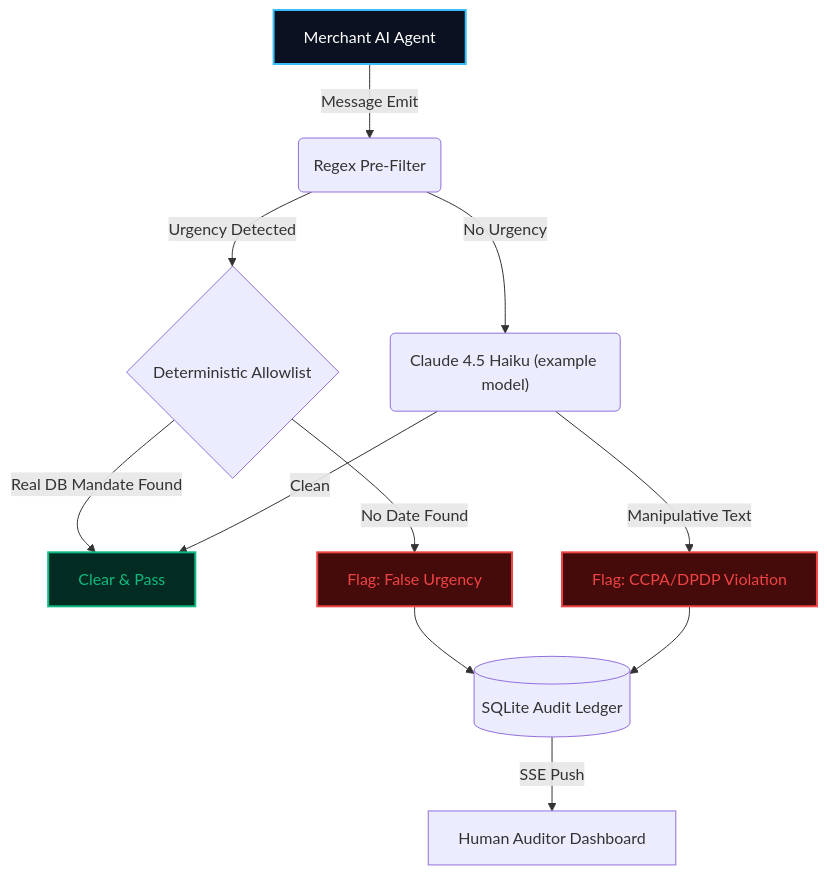
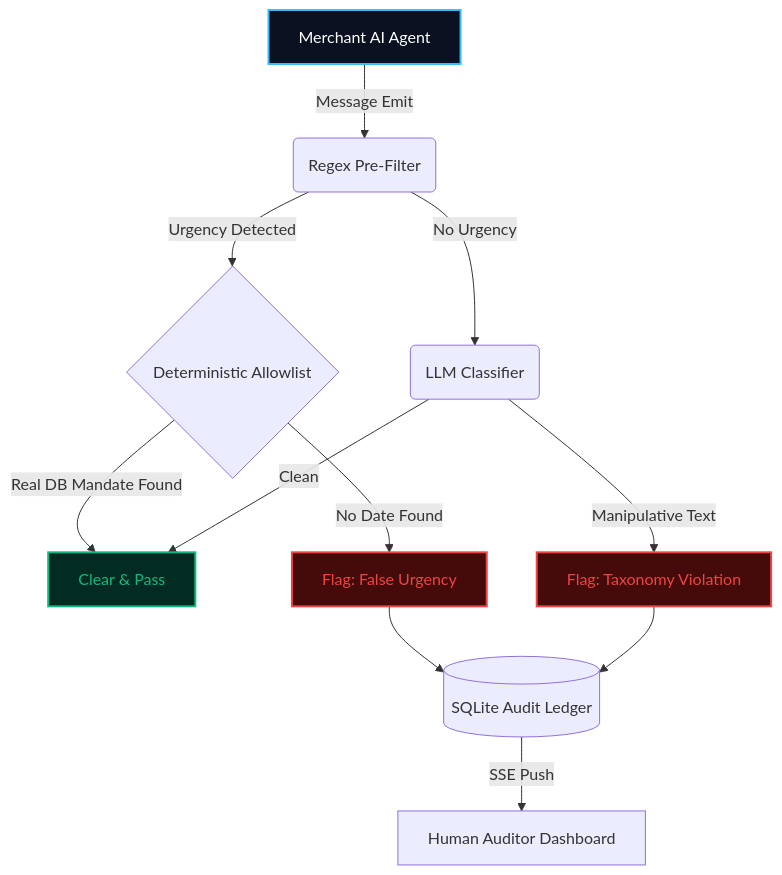
One commit to ketarora/Consent-Gaurd changed the diagram in README.md. Above: the diagram before and after it, drawn with Mermaid. The commit also changed other lines of this file, not shown here.

Commit message:
Update README.md: clarify taxonomy wording, soften performance claims, fix Quick Start to use uvicorn and clearer venv activation, add links to eval/

````diff
--- a/README.md
+++ b/README.md
@@ -35,23 +35,23 @@
 ```mermaid
 graph TD
     classDef agent stroke:#38BDF8,stroke-width:2px,fill:#0B1120,color:#fff;
     classDef guard stroke:#FCD34D,stroke-width:2px,fill:#1A1608,color:#FCD34D;
     classDef safe stroke:#10B981,stroke-width:2px,fill:#022C22,color:#10B981;
     classDef held stroke:#EF4444,stroke-width:2px,fill:#450A0A,color:#EF4444;
 
     A[Merchant AI Agent]:::agent -->|Message Emit| B(Regex Pre-Filter)
     
     B -->|Urgency Detected| C{Deterministic Allowlist}
-    B -->|No Urgency| D("Claude 4.5 Haiku (example model)")
+    B -->|No Urgency| D(LLM Classifier)
 
     C -->|Real DB Mandate Found| E[Clear & Pass]:::safe
     C -->|No Date Found| F[Flag: False Urgency]:::held
     
     D -->|Clean| E
-    D -->|Manipulative Text| G[Flag: CCPA/DPDP Violation]:::held
+    D -->|Manipulative Text| G[Flag: Taxonomy Violation]:::held
     
     F --> H[(SQLite Audit Ledger)]
     G --> H
     
     H -->|SSE Push| I[Human Auditor Dashboard]
 ```
````
